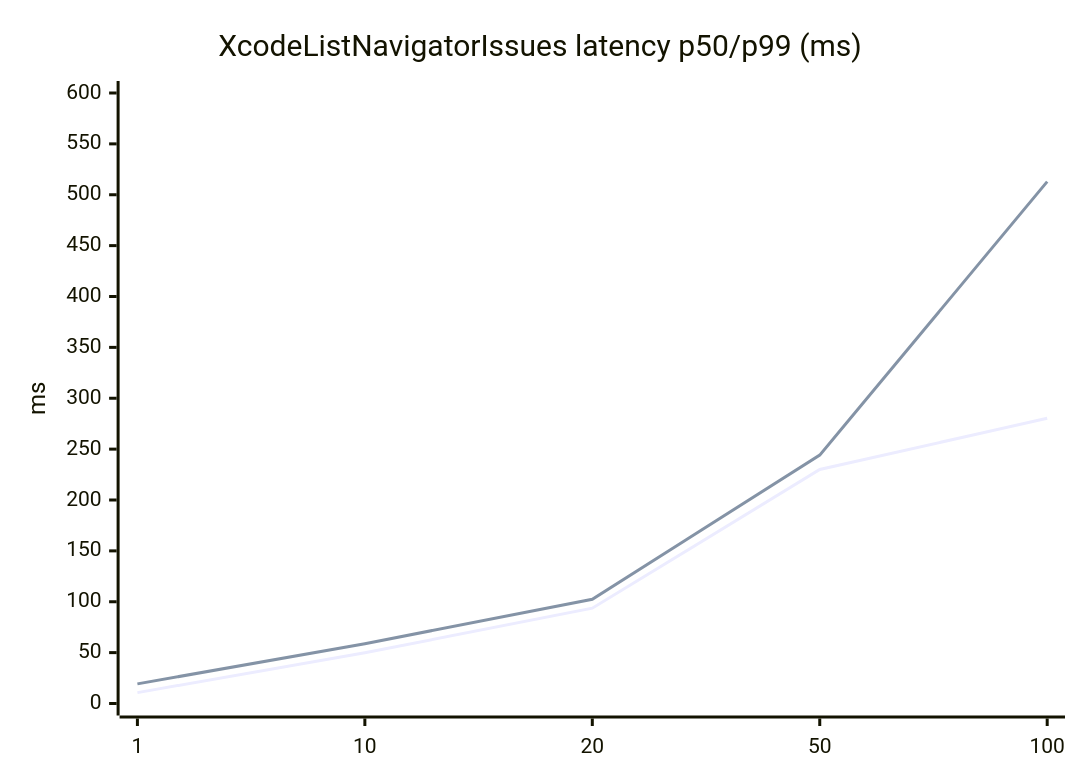
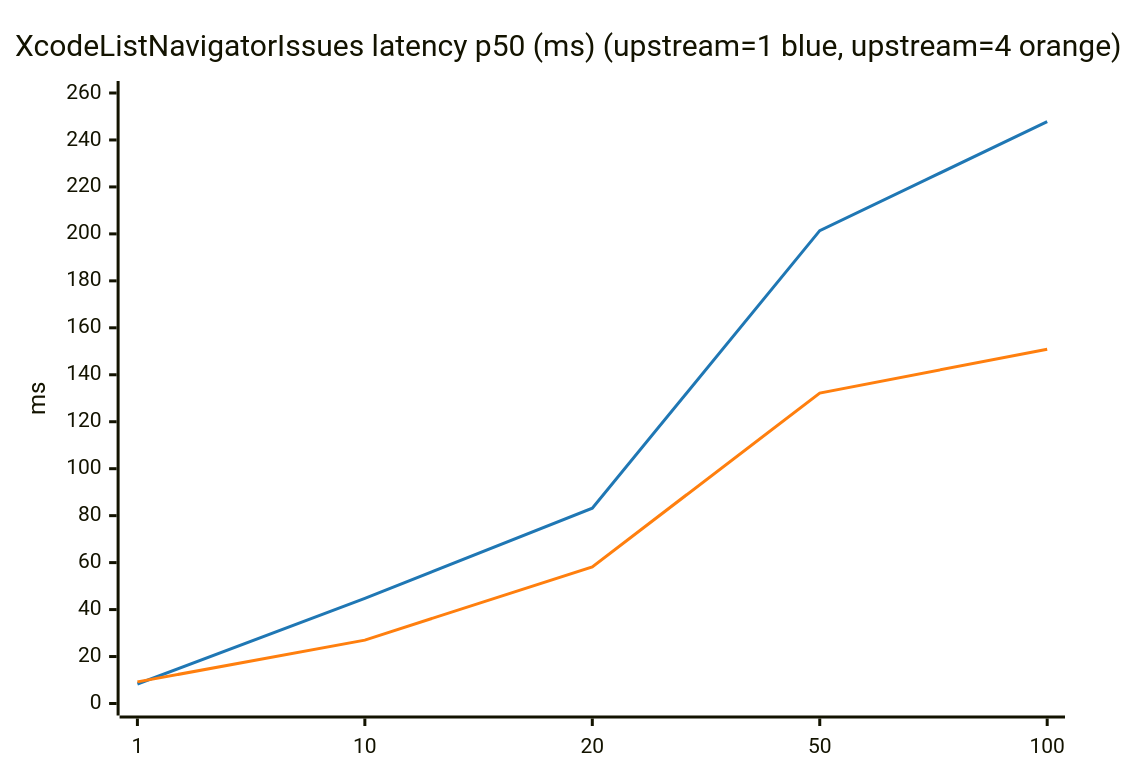
The second of 9 diagrams in Docs/mcp-benchmark.md (romanr/XcodeMCPKit), drawn with Mermaid before and after one commit. The commit also changed other lines of this file, not shown here.

Commit message:
docs: rerun upstream=1 vs 4 benchmarks

````diff
--- a/Docs/mcp-benchmark.md
+++ b/Docs/mcp-benchmark.md
@@ -93,8 +119,9 @@
 ```mermaid
+%%{init: {'themeVariables': {'xyChart': {'plotColorPalette': '#1f77b4,#ff7f0e'}}}}%%
 xychart-beta
-    title "XcodeListNavigatorIssues latency p50/p99 (ms)"
+    title "XcodeListNavigatorIssues latency p50 (ms) (upstream=1 blue, upstream=4 orange)"
     x-axis [1, 10, 20, 50, 100]
-    y-axis "ms" 0 --> 600
-    line [10.7, 49.8, 93.7, 230.0, 280.3]
-    line [19.3, 58.8, 102.4, 244.1, 512.9]
+    y-axis "ms" 0 --> 260
+    line [8.3, 44.8, 83.2, 201.4, 247.8]
+    line [9.2, 27.0, 58.2, 132.2, 150.9]
 ```
````
